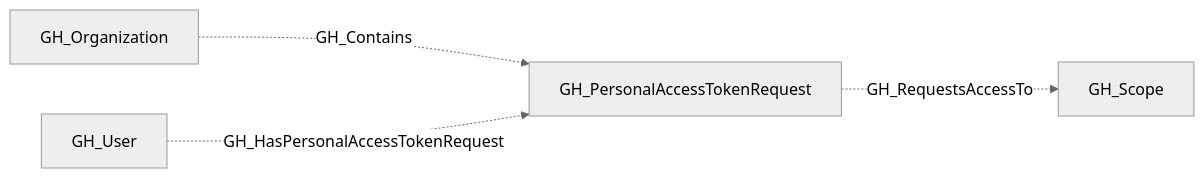
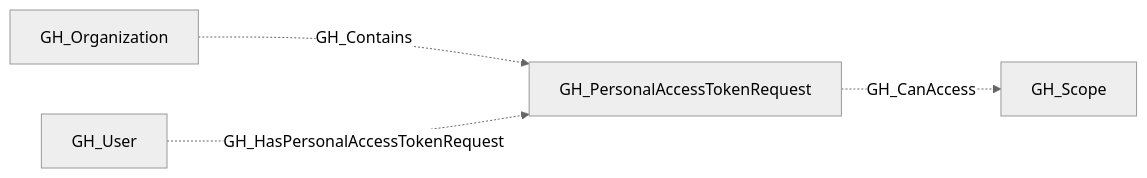
The diagram in descriptions/nodes/GH_PersonalAccessTokenRequest.md (SpecterOps/openhound-github), drawn with Mermaid (neutral theme) before and after one commit. The commit also changed other lines of this file and 31 other files, not shown here.

````diff
--- a/descriptions/nodes/GH_PersonalAccessTokenRequest.md
+++ b/descriptions/nodes/GH_PersonalAccessTokenRequest.md
@@ -31,10 +33,10 @@
 ```mermaid
 graph LR
     n0["GH_Organization"]
     n1["GH_PersonalAccessTokenRequest"]
     n2["GH_Scope"]
     n3["GH_User"]
     n0 -.->|GH_Contains| n1
-    n1 -.->|GH_RequestsAccessTo| n2
+    n1 -.->|GH_CanAccess| n2
     n3 -.->|GH_HasPersonalAccessTokenRequest| n1
 ```
````
